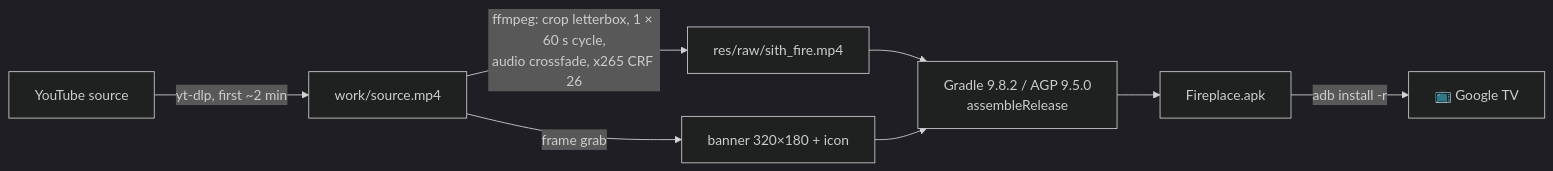
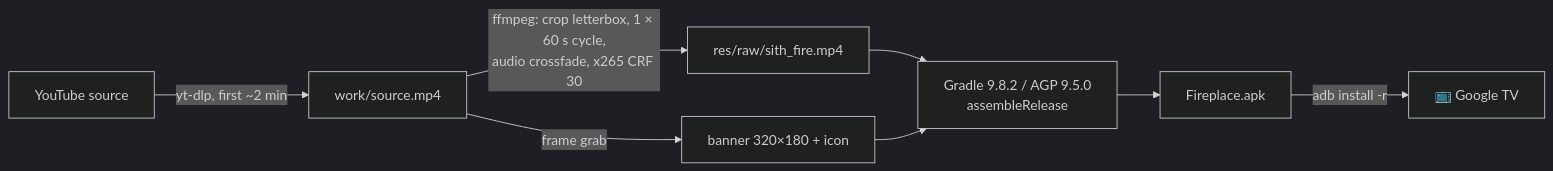
Before and after one commit to crash101g/sith-fireplace-tv: the diagram in README.md, drawn with Mermaid (dark theme). The commit also changed other lines of this file and 1 other file, not shown here.

First line of the commit message:
Smaller loop: default to HEVC CRF 30 and AAC 128k

````diff
--- a/README.md
+++ b/README.md
@@ -160,10 +173,10 @@
 ```mermaid
 flowchart LR
     A[YouTube source] -->|yt-dlp, first ~2 min| B[work/source.mp4]
-    B -->|ffmpeg: crop letterbox, 1 × 60 s cycle,<br/>audio crossfade, x265 CRF 26| C[res/raw/sith_fire.mp4]
+    B -->|ffmpeg: crop letterbox, 1 × 60 s cycle,<br/>audio crossfade, x265 CRF 30| C[res/raw/sith_fire.mp4]
     B -->|frame grab| D[banner 320×180 + icon]
     C --> E[Gradle 9.8.2 / AGP 9.5.0<br/>assembleRelease]
     D --> E
     E --> F[Fireplace.apk]
     F -->|adb install -r| G[📺 Google TV]
 ```
````
